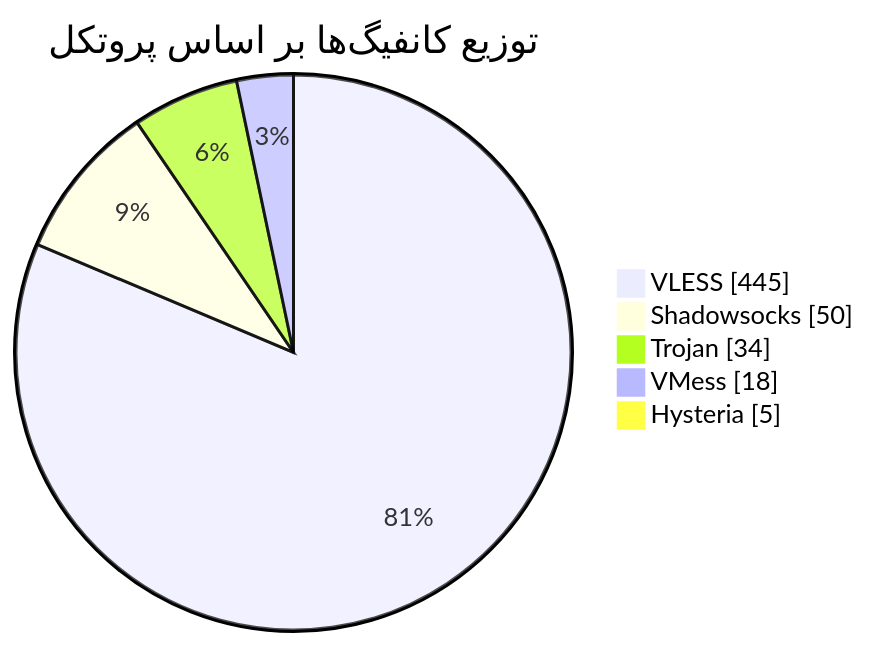
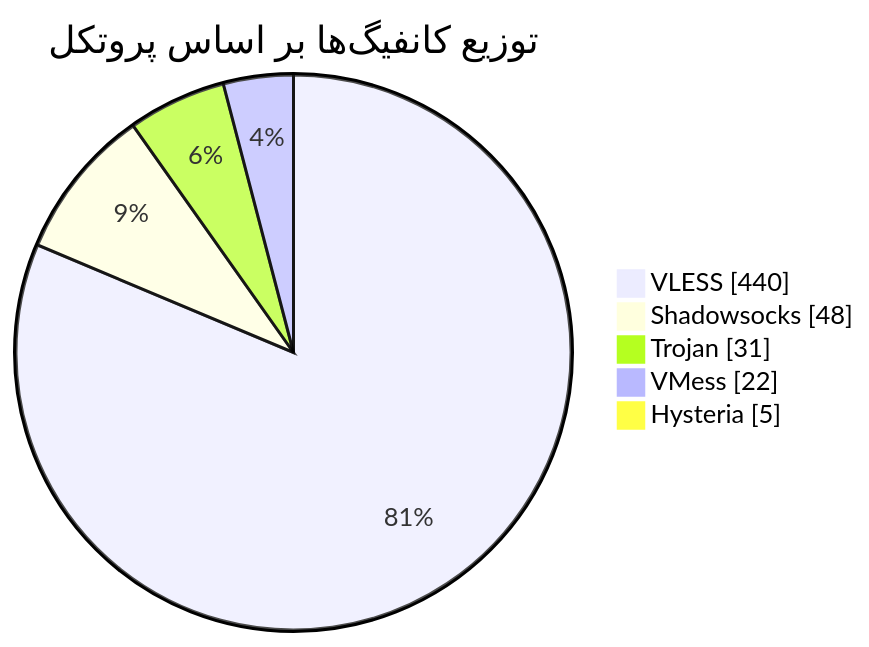
Before and after one commit to Arian-Alijani/Somthing: the diagram in README.md, drawn with Mermaid. The commit also changed other lines of this file and 69 other files, not shown here.

````diff
--- a/README.md
+++ b/README.md
@@ -47,9 +47,9 @@
 ```mermaid
 pie showData
     title توزیع کانفیگ‌ها بر اساس پروتکل
-    "VLESS" : 445
-    "Shadowsocks" : 50
-    "Trojan" : 34
-    "VMess" : 18
+    "VLESS" : 440
+    "Shadowsocks" : 48
+    "Trojan" : 31
+    "VMess" : 22
     "Hysteria" : 5
 ```
````
